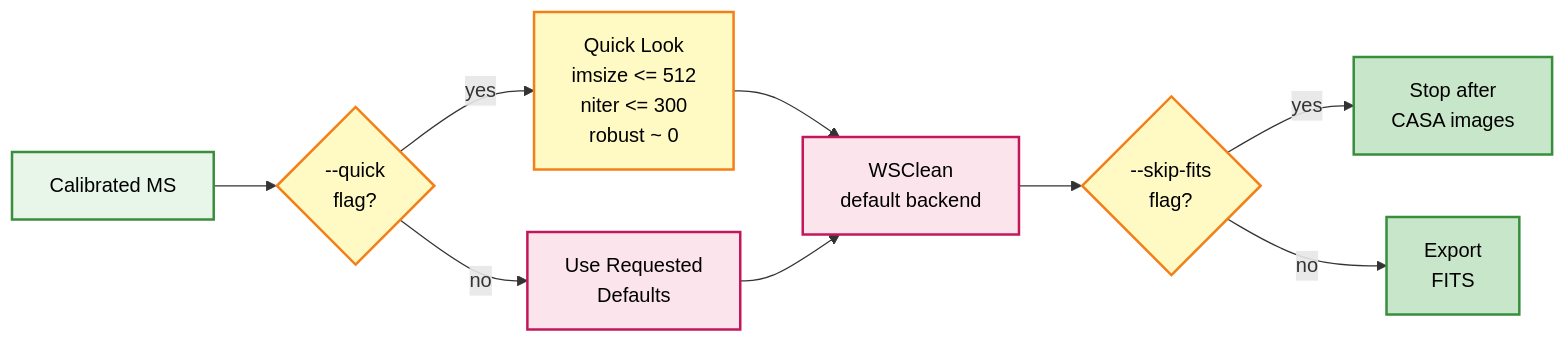
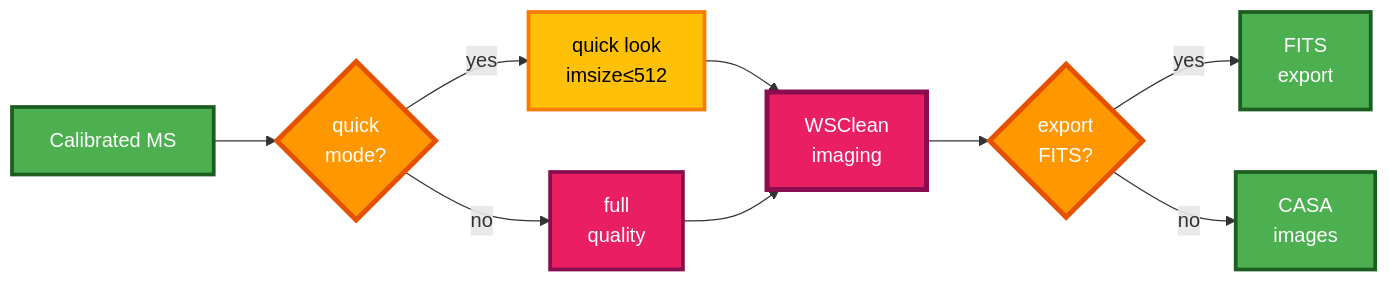
The fourth of 4 diagrams in docs/concepts/pipeline_overview.md (dsa110/dsa110-contimg), drawn with Mermaid before and after one commit. The commit also changed other lines of this file and 326 other files, not shown here.

````diff
--- a/docs/concepts/pipeline_overview.md
+++ b/docs/concepts/pipeline_overview.md
@@ -100,20 +138,31 @@
 ```mermaid
 flowchart LR
-  CMS["Calibrated MS"] --> Quick{"--quick<br/>flag?"}
-  Quick -->|yes| Small["Quick Look<br/>imsize <= 512<br/>niter <= 300<br/>robust ~ 0"]
-  Quick -->|no| Def["Use Requested<br/>Defaults"]
-  Small --> WSClean["WSClean<br/>default backend"]
+  CMS["Calibrated MS"] --> Quick{"quick<br/>mode?"}
+  Quick -->|yes| Small["quick look<br/>imsize≤512"]
+  Quick -->|no| Def["full<br/>quality"]
+  Small --> WSClean["WSClean<br/>imaging"]
   Def --> WSClean
-  WSClean --> Fits{"--skip-fits<br/>flag?"}
-  Fits -->|yes| Done["Stop after<br/>CASA images"]
-  Fits -->|no| FITS["Export<br/>FITS"]
+  WSClean --> Fits{"export<br/>FITS?"}
+  Fits -->|yes| FITS["FITS<br/>export"]
+  Fits -->|no| Done["CASA<br/>images"]
   
-  style CMS fill:#E8F5E9,stroke:#388E3C,stroke-width:2px,color:#000
-  style Quick fill:#FFF9C4,stroke:#F57F17,stroke-width:2px,color:#000
-  style Small fill:#FFF9C4,stroke:#F57F17,stroke-width:2px,color:#000
-  style Def fill:#FCE4EC,stroke:#C2185B,stroke-width:2px,color:#000
-  style WSClean fill:#FCE4EC,stroke:#C2185B,stroke-width:2px,color:#000
-  style Fits fill:#FFF9C4,stroke:#F57F17,stroke-width:2px,color:#000
-  style Done fill:#C8E6C9,stroke:#388E3C,stroke-width:2px,color:#000
-  style FITS fill:#C8E6C9,stroke:#388E3C,stroke-width:2px,color:#000
+  %% Input - green (calibrated)
+  style CMS fill:#4CAF50,stroke:#1B5E20,stroke-width:3px,color:#FFF
+  
+  %% Decision points - bright orange, prominent
+  style Quick fill:#FF9800,stroke:#E65100,stroke-width:4px,color:#FFF
+  style Fits fill:#FF9800,stroke:#E65100,stroke-width:4px,color:#FFF
+  
+  %% Quick path - yellow/orange
+  style Small fill:#FFC107,stroke:#F57C00,stroke-width:3px,color:#000
+  
+  %% Default path - pink
+  style Def fill:#E91E63,stroke:#880E4F,stroke-width:3px,color:#FFF
+  
+  %% Imaging - vibrant pink
+  style WSClean fill:#E91E63,stroke:#880E4F,stroke-width:4px,color:#FFF
+  
+  %% Outputs - success green
+  style Done fill:#4CAF50,stroke:#1B5E20,stroke-width:3px,color:#FFF
+  style FITS fill:#4CAF50,stroke:#1B5E20,stroke-width:3px,color:#FFF
 ```
````
